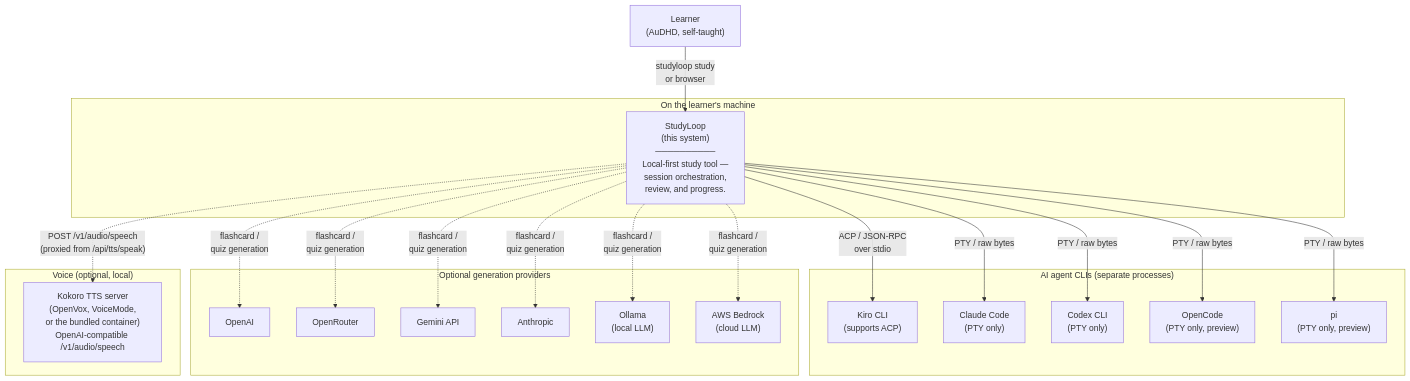
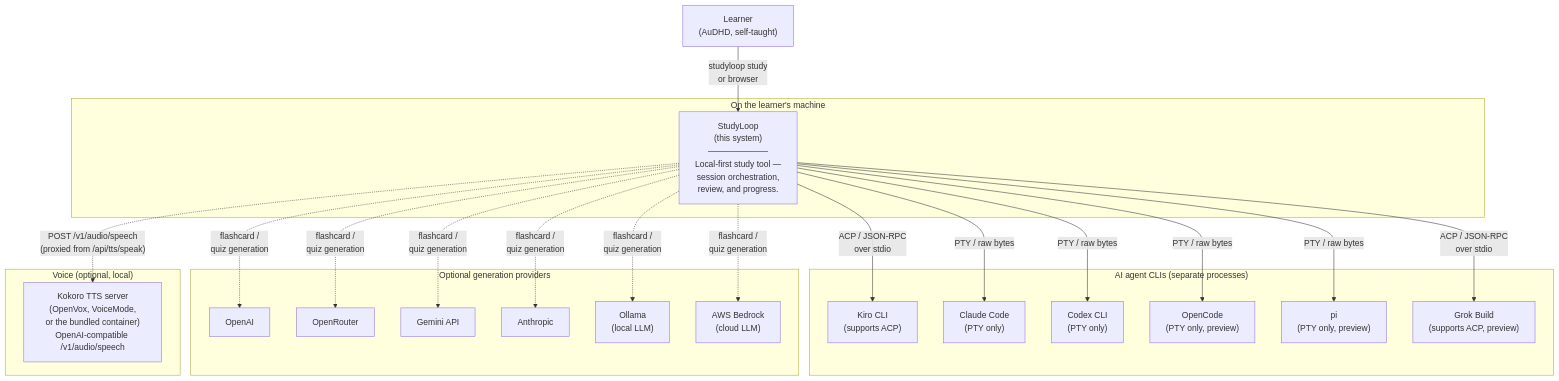
One commit to NetDevAutomate/StudyLoop changed the first of 13 diagrams in docs/architecture/current.md. Above: the diagram before and after it, drawn with Mermaid. The commit also changed other lines of this file and 23 other files, not shown here.

````diff
--- a/docs/architecture/current.md
+++ b/docs/architecture/current.md
@@ -18,43 +18,45 @@
 ```mermaid
 flowchart TB
     Learner["Learner<br/>(AuDHD, self-taught)"]
 
     subgraph "On the learner's machine"
       StudyLoop["StudyLoop<br/>(this system)<br/>──────────<br/>Local-first study tool —<br/>session orchestration,<br/>review, and progress."]
     end
 
     subgraph "AI agent CLIs (separate processes)"
       Kiro["Kiro CLI<br/>(supports ACP)"]
       Claude["Claude Code<br/>(PTY only)"]
       Codex["Codex CLI<br/>(PTY only)"]
       OpenCode["OpenCode<br/>(PTY only, preview)"]
       Pi["pi<br/>(PTY only, preview)"]
+      Grok["Grok Build<br/>(supports ACP, preview)"]
     end
 
     subgraph "Optional generation providers"
       OpenAI["OpenAI"]
       OpenRouter["OpenRouter"]
       GeminiAPI["Gemini API"]
       Anthropic["Anthropic"]
       Ollama["Ollama<br/>(local LLM)"]
       Bedrock["AWS Bedrock<br/>(cloud LLM)"]
     end
 
     subgraph "Voice (optional, local)"
       Kokoro["Kokoro TTS server<br/>(OpenVox, VoiceMode,<br/>or the bundled container)<br/>OpenAI-compatible /v1/audio/speech"]
     end
 
     Learner -->|"studyloop study<br/>or browser"| StudyLoop
     StudyLoop -->|"ACP / JSON-RPC<br/>over stdio"| Kiro
     StudyLoop -->|"PTY / raw bytes"| Claude
     StudyLoop -->|"PTY / raw bytes"| Codex
     StudyLoop -->|"PTY / raw bytes"| OpenCode
     StudyLoop -->|"PTY / raw bytes"| Pi
+    StudyLoop -->|"ACP / JSON-RPC<br/>over stdio"| Grok
     StudyLoop -.->|"flashcard /<br/>quiz generation"| OpenAI
     StudyLoop -.->|"flashcard /<br/>quiz generation"| OpenRouter
     StudyLoop -.->|"flashcard /<br/>quiz generation"| GeminiAPI
     StudyLoop -.->|"flashcard /<br/>quiz generation"| Anthropic
     StudyLoop -.->|"flashcard /<br/>quiz generation"| Ollama
     StudyLoop -.->|"flashcard /<br/>quiz generation"| Bedrock
     StudyLoop -.->|"POST /v1/audio/speech<br/>(proxied from /api/tts/speak)"| Kokoro
 ```
````
